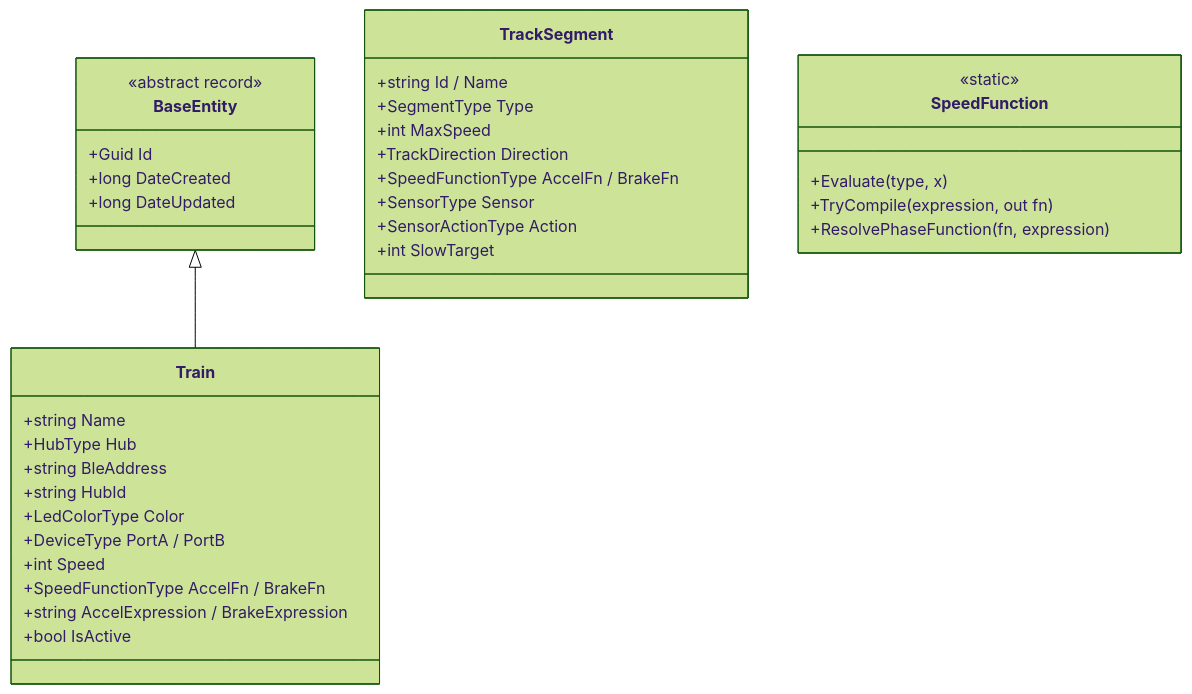
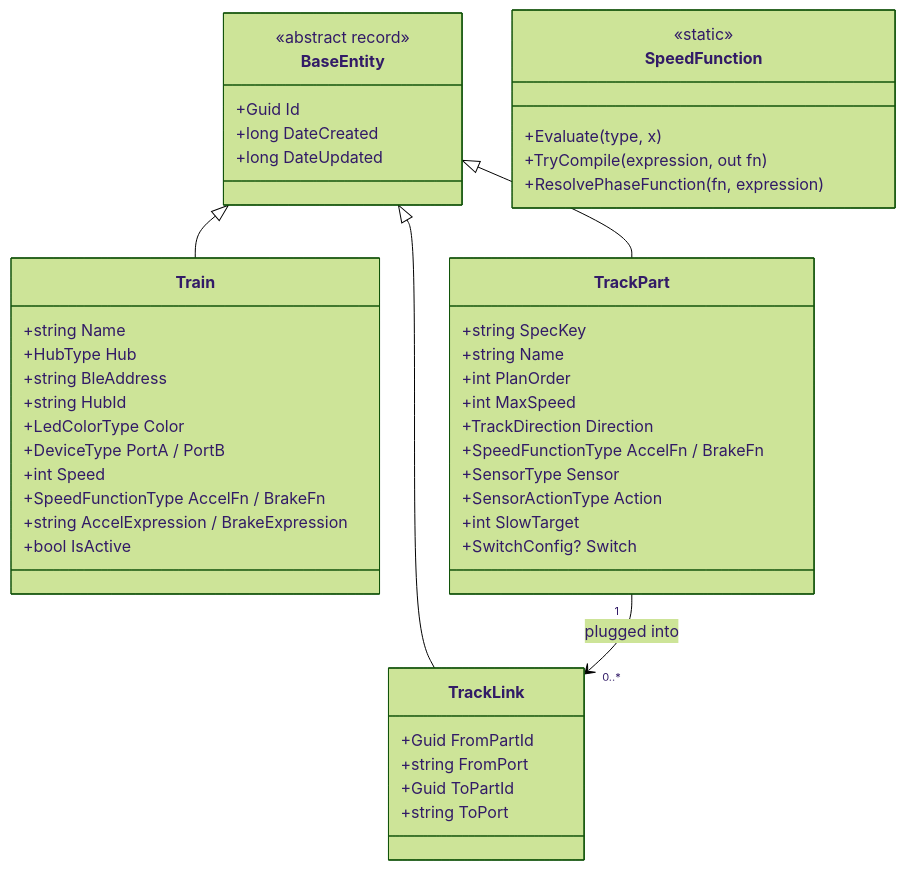
The diagram in docs/arc42/08-crosscutting-concepts.md (Ktechen/Trackify), drawn with Mermaid (forest theme) before and after one commit. The commit also changed other lines of this file and 26 other files, not shown here.

````diff
--- a/docs/arc42/08-crosscutting-concepts.md
+++ b/docs/arc42/08-crosscutting-concepts.md
@@ -10,38 +10,49 @@
 ```mermaid
 classDiagram
     class BaseEntity {
         <<abstract record>>
         +Guid Id
         +long DateCreated
         +long DateUpdated
     }
     class Train {
         +string Name
         +HubType Hub
         +string BleAddress
         +string HubId
         +LedColorType Color
         +DeviceType PortA / PortB
         +int Speed
         +SpeedFunctionType AccelFn / BrakeFn
         +string AccelExpression / BrakeExpression
         +bool IsActive
     }
-    class TrackSegment {
-        +string Id / Name
-        +SegmentType Type
+    class TrackPart {
+        +string SpecKey
+        +string Name
+        +int PlanOrder
         +int MaxSpeed
         +TrackDirection Direction
         +SpeedFunctionType AccelFn / BrakeFn
         +SensorType Sensor
         +SensorActionType Action
         +int SlowTarget
+        +SwitchConfig? Switch
+    }
+    class TrackLink {
+        +Guid FromPartId
+        +string FromPort
+        +Guid ToPartId
+        +string ToPort
     }
     class SpeedFunction {
         <<static>>
         +Evaluate(type, x)
         +TryCompile(expression, out fn)
         +ResolvePhaseFunction(fn, expression)
     }
     BaseEntity <|-- Train
+    BaseEntity <|-- TrackPart
+    BaseEntity <|-- TrackLink
+    TrackPart "1" --> "0..*" TrackLink : plugged into
 ```
````
